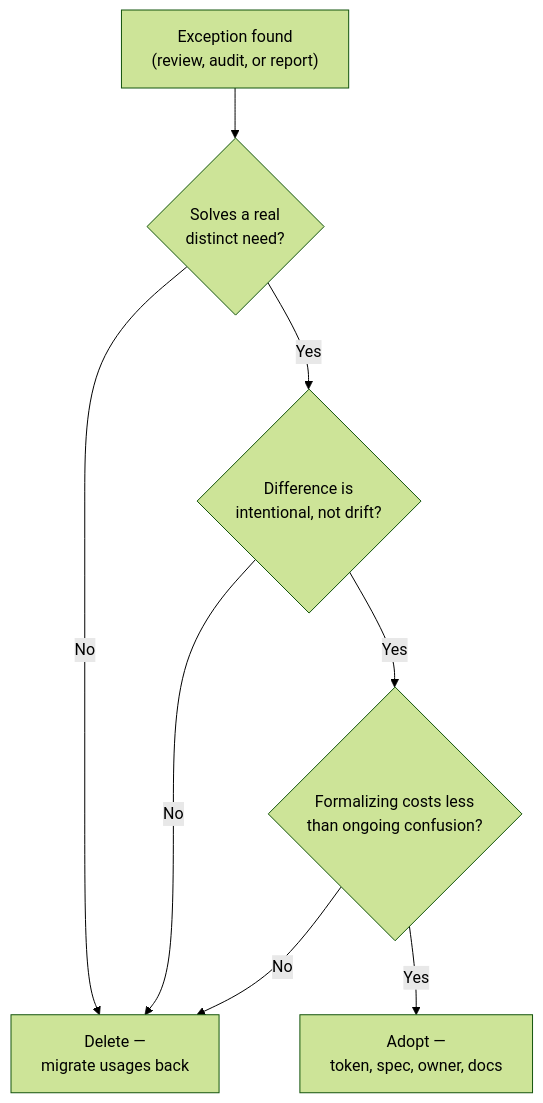
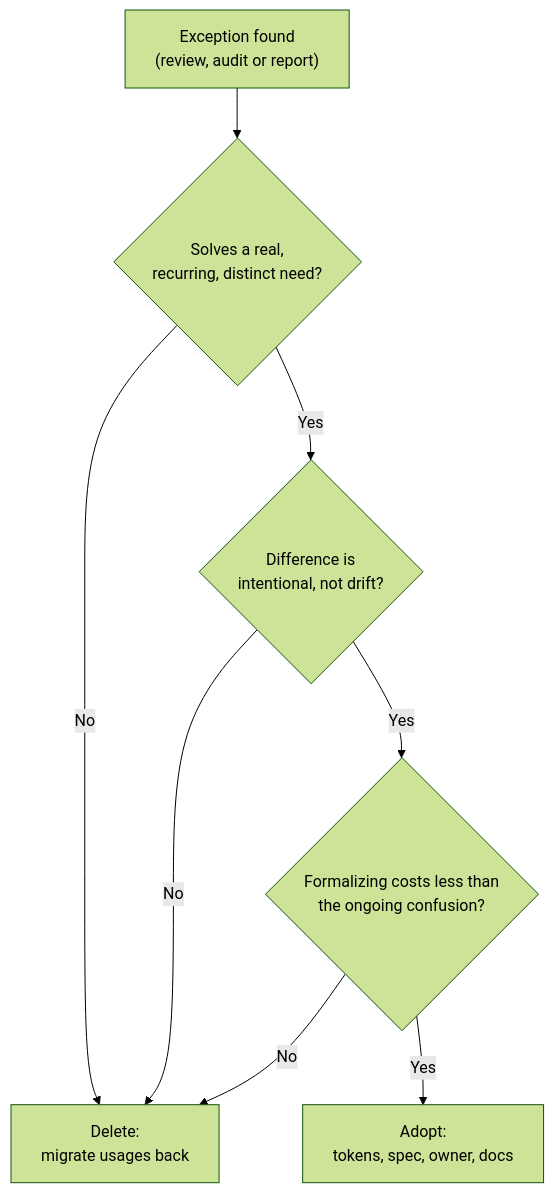
Before and after one commit to francoandreDev/knowledge: the diagram in src/content/design/design-debt-at-scale/L2-concept.mdx, drawn with Mermaid (forest theme). The commit also changed other lines of this file and 17 other files, not shown here.

````diff
--- a/src/content/design/design-debt-at-scale/L2-concept.mdx
+++ b/src/content/design/design-debt-at-scale/L2-concept.mdx
@@ -77,10 +62,10 @@
 ```mermaid
 flowchart TD
-    X["Exception found\n(review, audit, or report)"] --> Q1{"Solves a real\ndistinct need?"}
-    Q1 -->|No| DEL["Delete —\nmigrate usages back"]
-    Q1 -->|Yes| Q2{"Difference is\nintentional, not drift?"}
+    X["Exception found<br/>(review, audit or report)"] --> Q1{"Solves a real,<br/>recurring, distinct need?"}
+    Q1 -->|No| DEL["Delete:<br/>migrate usages back"]
+    Q1 -->|Yes| Q2{"Difference is<br/>intentional, not drift?"}
     Q2 -->|No| DEL
-    Q2 -->|Yes| Q3{"Formalizing costs less\nthan ongoing confusion?"}
+    Q2 -->|Yes| Q3{"Formalizing costs less than<br/>the ongoing confusion?"}
     Q3 -->|No| DEL
-    Q3 -->|Yes| ADO["Adopt —\ntoken, spec, owner, docs"]
+    Q3 -->|Yes| ADO["Adopt:<br/>tokens, spec, owner, docs"]
 ```
````
